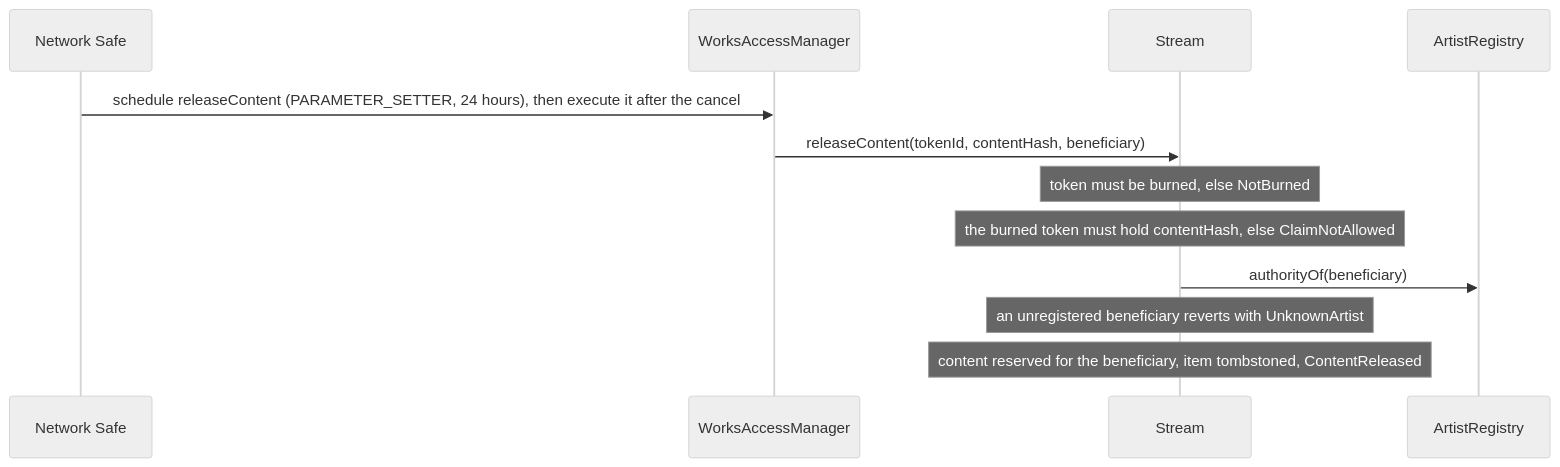
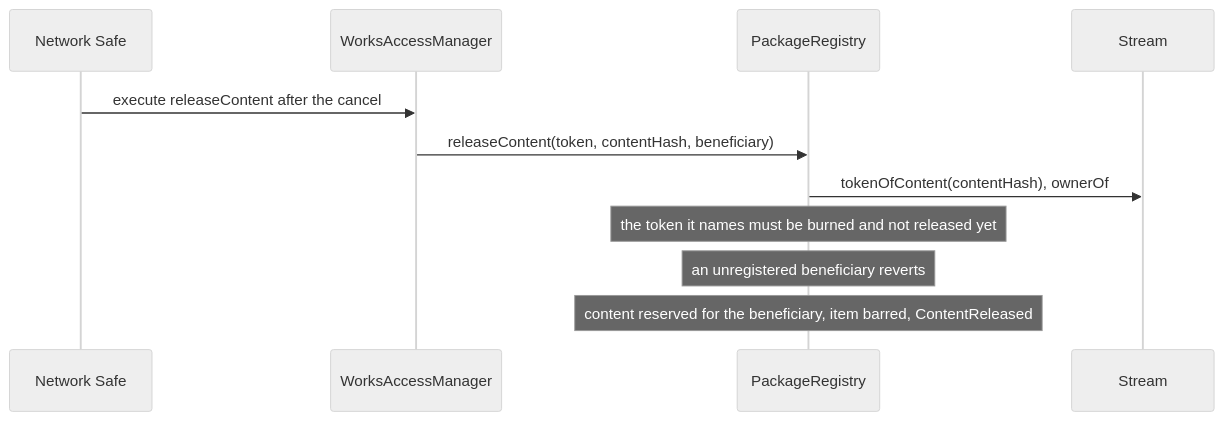
Before and after one commit to 6529-Collections/6529-works: the fifth of 9 diagrams in docs/spec/disputes-and-statements.md, drawn with Mermaid (neutral theme). The commit also changed other lines of this file and 12 other files, not shown here.

````diff
--- a/docs/spec/disputes-and-statements.md
+++ b/docs/spec/disputes-and-statements.md
@@ -295,14 +295,13 @@
 ```mermaid
 sequenceDiagram
     participant S as Network Safe
     participant M as WorksAccessManager
+    participant P as PackageRegistry
     participant T as Stream
-    participant AR as ArtistRegistry
-    S->>M: schedule releaseContent (PARAMETER_SETTER, 24 hours), then execute it after the cancel
-    M->>T: releaseContent(tokenId, contentHash, beneficiary)
-    Note over T: token must be burned, else NotBurned
-    Note over T: the burned token must hold contentHash, else ClaimNotAllowed
-    T->>AR: authorityOf(beneficiary)
-    Note over T: an unregistered beneficiary reverts with UnknownArtist
-    Note over T: content reserved for the beneficiary, item tombstoned, ContentReleased
+    S->>M: execute releaseContent after the cancel
+    M->>P: releaseContent(token, contentHash, beneficiary)
+    P->>T: tokenOfContent(contentHash), ownerOf
+    Note over P: the token it names must be burned and not released yet
+    Note over P: an unregistered beneficiary reverts
+    Note over P: content reserved for the beneficiary, item barred, ContentReleased
 ```
````
